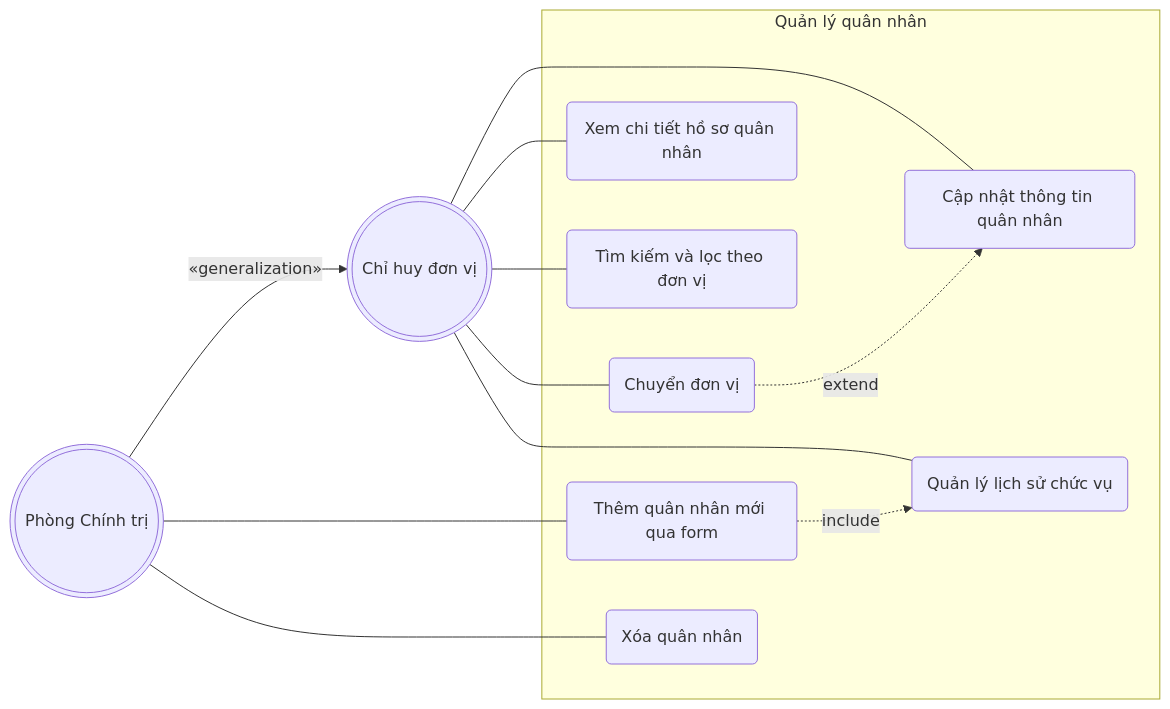
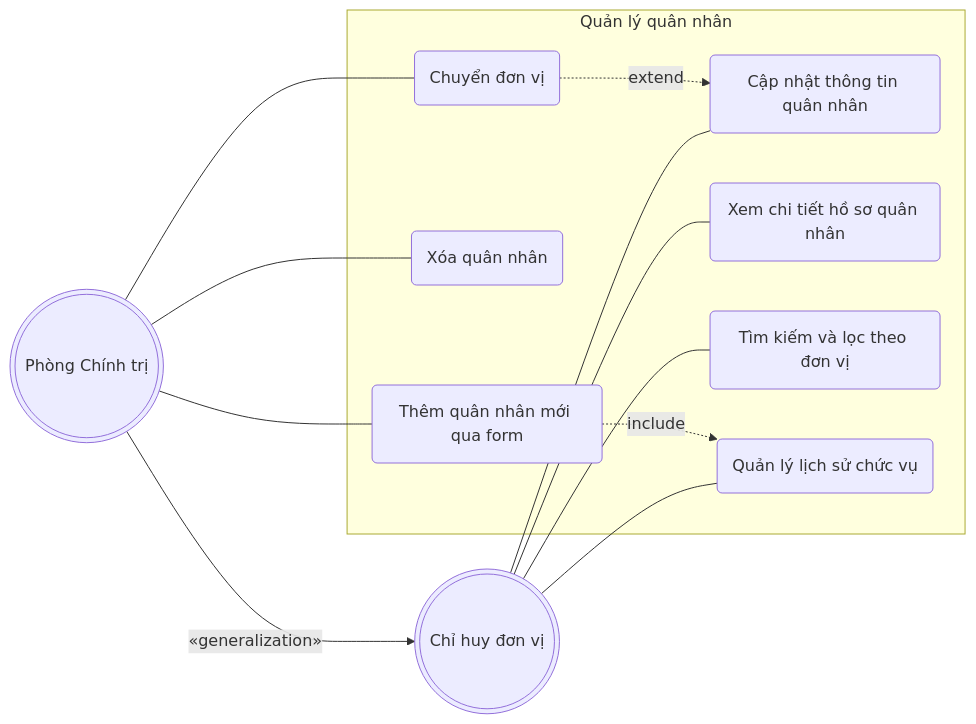
One commit to tranducbk/DATN_PM_QLKT changed the third of 15 diagrams in docs/diagrams/01-use-case.md. Above: the diagram before and after it, drawn with Mermaid. The commit also changed other lines of this file and 309 other files, not shown here.

````diff
--- a/docs/diagrams/01-use-case.md
+++ b/docs/diagrams/01-use-case.md
@@ -134,29 +134,30 @@
 ```mermaid
 flowchart LR
     AD(((Phòng Chính trị)))
     MG(((Chỉ huy đơn vị)))
 
     subgraph SYS[Quản lý quân nhân]
         UC1(Thêm quân nhân mới qua form)
         UC2(Cập nhật thông tin quân nhân)
         UC3(Xóa quân nhân)
         UC4(Xem chi tiết hồ sơ quân nhân)
         UC5(Tìm kiếm và lọc theo đơn vị)
         UC6(Chuyển đơn vị)
         UC7(Quản lý lịch sử chức vụ)
 
         UC1 -.->|include| UC7
         UC6 -.->|extend| UC2
     end
 
     AD -->|«generalization»| MG
 
     AD --- UC1
     AD --- UC3
 
+    AD --- UC6
+
     MG --- UC2
     MG --- UC4
     MG --- UC5
-    MG --- UC6
     MG --- UC7
 ```
````
